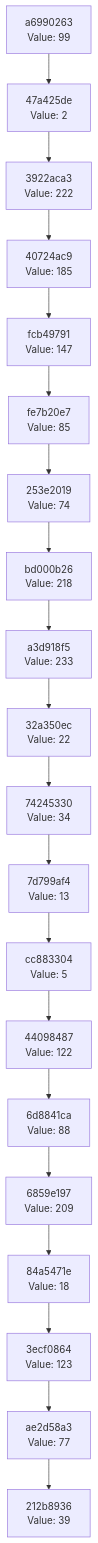
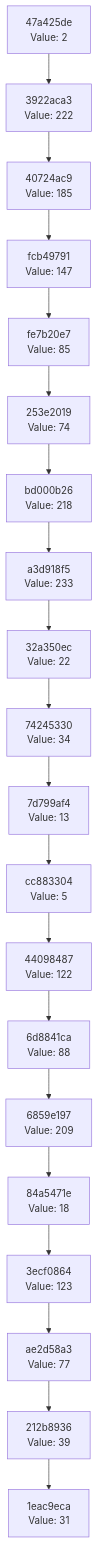
One commit to Abhisheksinha1506/hash-chain-evolver changed the diagram in docs/CHAIN_VISUALIZATION.md. Above: the diagram before and after it, drawn with Mermaid. The commit also changed 2 other files, not shown here.

Commit message:
Evolution step: hash 0x1F → action executed

````diff
--- a/docs/CHAIN_VISUALIZATION.md
+++ b/docs/CHAIN_VISUALIZATION.md
@@ -3,42 +3,42 @@
 ```mermaid
 graph TD
-    C0["212b8936<br/>Value: 39"]
-    C1["ae2d58a3<br/>Value: 77"]
+    C0["1eac9eca<br/>Value: 31"]
+    C1["212b8936<br/>Value: 39"]
     C1 --> C0
-    C2["3ecf0864<br/>Value: 123"]
+    C2["ae2d58a3<br/>Value: 77"]
     C2 --> C1
-    C3["84a5471e<br/>Value: 18"]
+    C3["3ecf0864<br/>Value: 123"]
     C3 --> C2
-    C4["6859e197<br/>Value: 209"]
+    C4["84a5471e<br/>Value: 18"]
     C4 --> C3
-    C5["6d8841ca<br/>Value: 88"]
+    C5["6859e197<br/>Value: 209"]
     C5 --> C4
-    C6["44098487<br/>Value: 122"]
+    C6["6d8841ca<br/>Value: 88"]
     C6 --> C5
-    C7["cc883304<br/>Value: 5"]
+    C7["44098487<br/>Value: 122"]
     C7 --> C6
-    C8["7d799af4<br/>Value: 13"]
+    C8["cc883304<br/>Value: 5"]
     C8 --> C7
-    C9["74245330<br/>Value: 34"]
+    C9["7d799af4<br/>Value: 13"]
     C9 --> C8
-    C10["32a350ec<br/>Value: 22"]
+    C10["74245330<br/>Value: 34"]
     C10 --> C9
-    C11["a3d918f5<br/>Value: 233"]
+    C11["32a350ec<br/>Value: 22"]
     C11 --> C10
-    C12["bd000b26<br/>Value: 218"]
+    C12["a3d918f5<br/>Value: 233"]
     C12 --> C11
-    C13["253e2019<br/>Value: 74"]
+    C13["bd000b26<br/>Value: 218"]
     C13 --> C12
-    C14["fe7b20e7<br/>Value: 85"]
+    C14["253e2019<br/>Value: 74"]
     C14 --> C13
-    C15["fcb49791<br/>Value: 147"]
+    C15["fe7b20e7<br/>Value: 85"]
     C15 --> C14
-    C16["40724ac9<br/>Value: 185"]
+    C16["fcb49791<br/>Value: 147"]
     C16 --> C15
-    C17["3922aca3<br/>Value: 222"]
+    C17["40724ac9<br/>Value: 185"]
     C17 --> C16
-    C18["47a425de<br/>Value: 2"]
+    C18["3922aca3<br/>Value: 222"]
     C18 --> C17
-    C19["a6990263<br/>Value: 99"]
+    C19["47a425de<br/>Value: 2"]
     C19 --> C18
 ```
````
